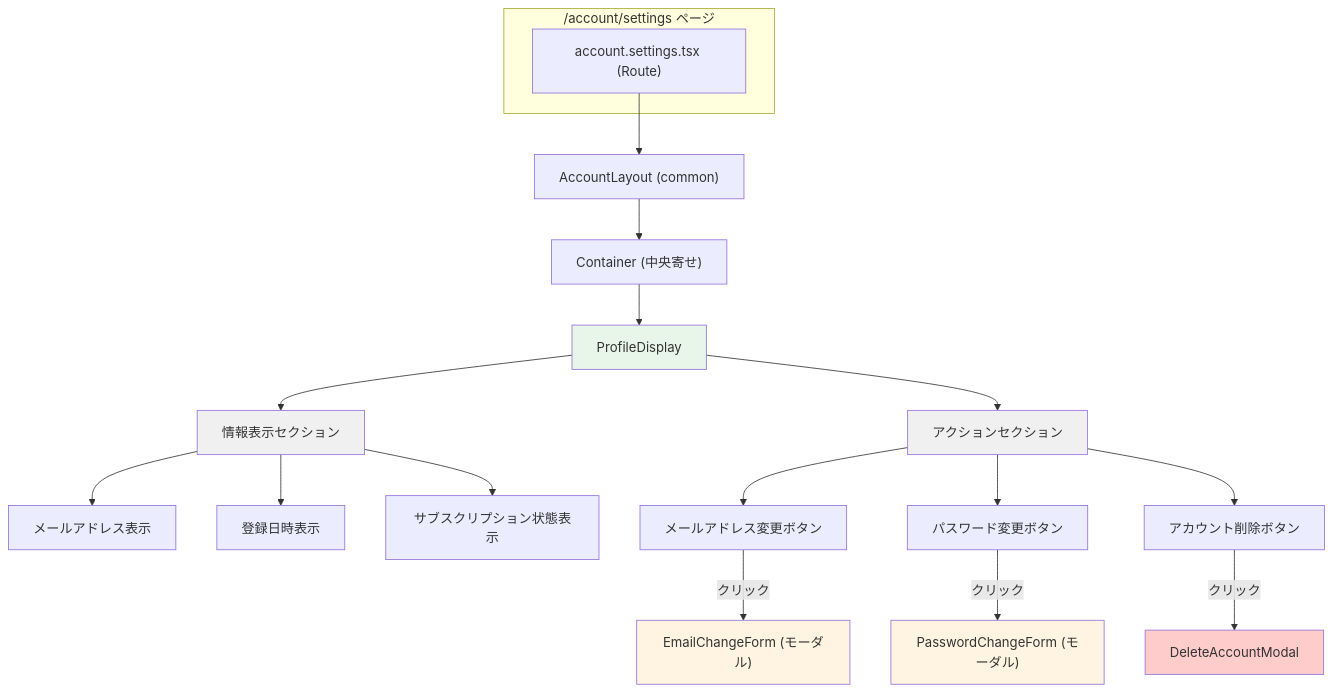
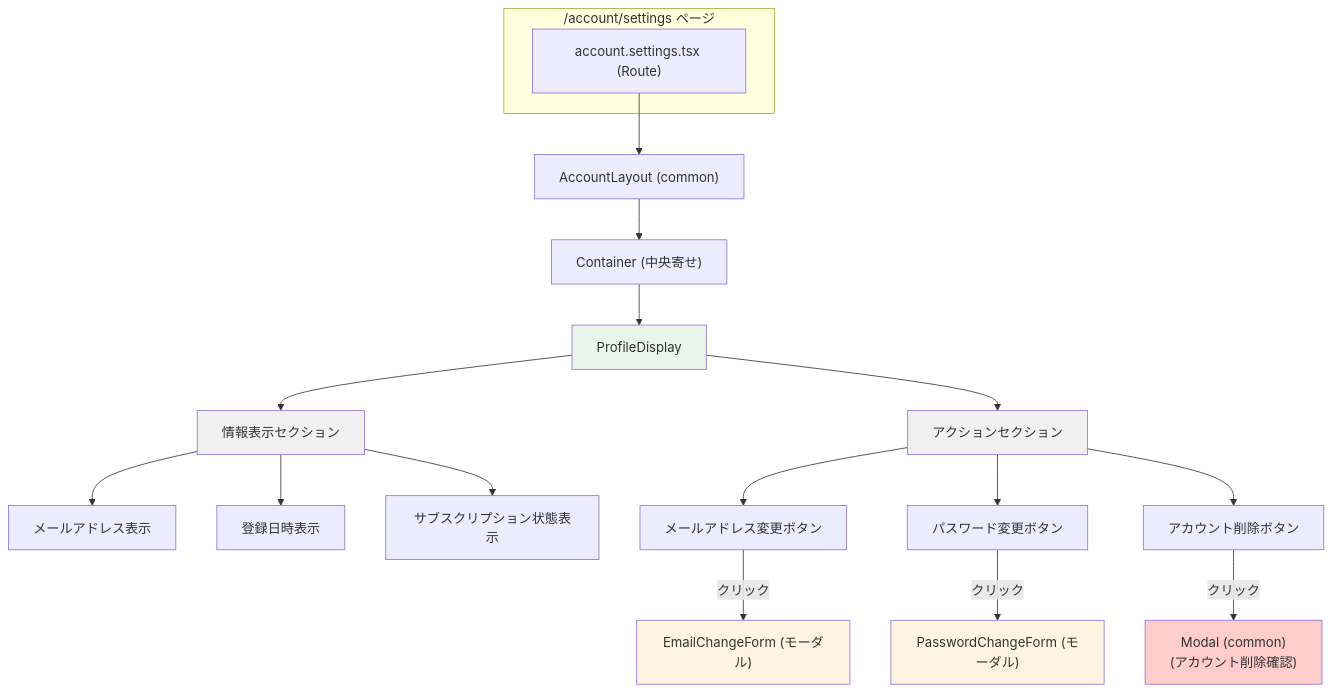
Before and after one commit to tezuka-Akihiro/ClaudeMix: the first of 7 diagrams in develop/account/profile/uiux-spec.md, drawn with Mermaid. The commit also changed other lines of this file and 3 other files, not shown here.

First line of the commit message:
Update uiux-spec.md and func-spec.md to reflect common Modal/Badge design

````diff
--- a/develop/account/profile/uiux-spec.md
+++ b/develop/account/profile/uiux-spec.md
@@ -85,32 +85,32 @@
 ```mermaid
 graph TD
     subgraph SettingsPage["/account/settings ページ"]
         Route["account.settings.tsx (Route)"]
     end
 
     Route --> AccountLayout["AccountLayout (common)"]
     AccountLayout --> Container["Container (中央寄せ)"]
     Container --> ProfileDisplay["ProfileDisplay"]
 
     ProfileDisplay --> InfoSection["情報表示セクション"]
     ProfileDisplay --> ActionsSection["アクションセクション"]
 
     InfoSection --> EmailDisplay["メールアドレス表示"]
     InfoSection --> DateDisplay["登録日時表示"]
     InfoSection --> SubDisplay["サブスクリプション状態表示"]
 
     ActionsSection --> EmailBtn["メールアドレス変更ボタン"]
     ActionsSection --> PasswordBtn["パスワード変更ボタン"]
     ActionsSection --> DeleteBtn["アカウント削除ボタン"]
 
     EmailBtn -- "クリック" --> EmailModal["EmailChangeForm (モーダル)"]
     PasswordBtn -- "クリック" --> PasswordModal["PasswordChangeForm (モーダル)"]
-    DeleteBtn -- "クリック" --> DeleteModal["DeleteAccountModal"]
+    DeleteBtn -- "クリック" --> DeleteModal["Modal (common)<br/>(アカウント削除確認)"]
 
     style ProfileDisplay fill:#e8f5e9
     style InfoSection fill:#f0f0f0
     style ActionsSection fill:#f0f0f0
     style EmailModal fill:#fff4e1
     style PasswordModal fill:#fff4e1
     style DeleteModal fill:#ffcccc
 ```
````
